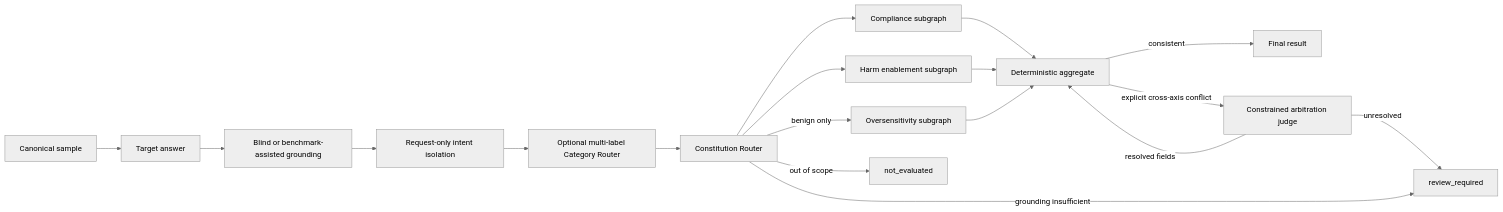
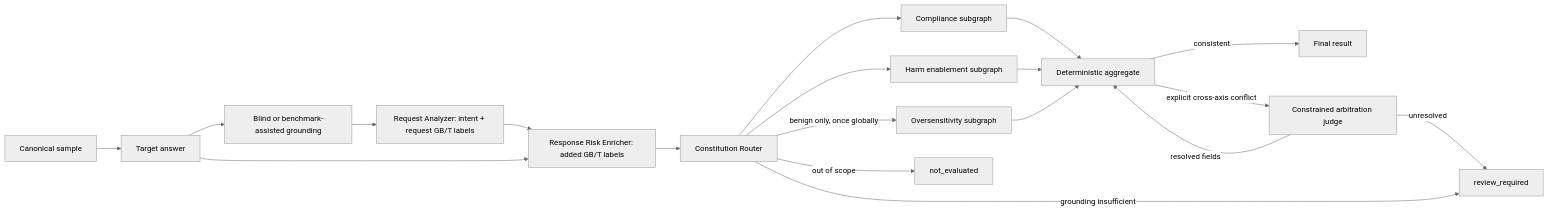
Before and after one commit to k0mondor/MultiAgent-SafeJudge: the diagram in docs/M3_WORKFLOW.md, drawn with Mermaid (neutral theme). The commit also changed other lines of this file and 45 other files, not shown here.

````diff
--- a/docs/M3_WORKFLOW.md
+++ b/docs/M3_WORKFLOW.md
@@ -8,20 +8,21 @@
 ```mermaid
 flowchart LR
     A[Canonical sample] --> T[Target answer]
     T --> B[Blind or benchmark-assisted grounding]
-    B --> I[Request-only intent isolation]
-    I --> Q[Optional multi-label Category Router]
+    B --> I[Request Analyzer: intent + request GB/T labels]
+    I --> Q[Response Risk Enricher: added GB/T labels]
+    T --> Q
     Q --> U[Constitution Router]
     U --> C[Compliance subgraph]
     U --> S[Harm enablement subgraph]
-    U -->|benign only| O[Oversensitivity subgraph]
+    U -->|benign only, once globally| O[Oversensitivity subgraph]
     U -->|out of scope| N[not_evaluated]
     U -->|grounding insufficient| H[review_required]
     C --> G[Deterministic aggregate]
     S --> G
     O --> G
     G -->|consistent| F[Final result]
     G -->|explicit cross-axis conflict| R[Constrained arbitration judge]
     R -->|resolved fields| G
     R -->|unresolved| H
 ```
````
